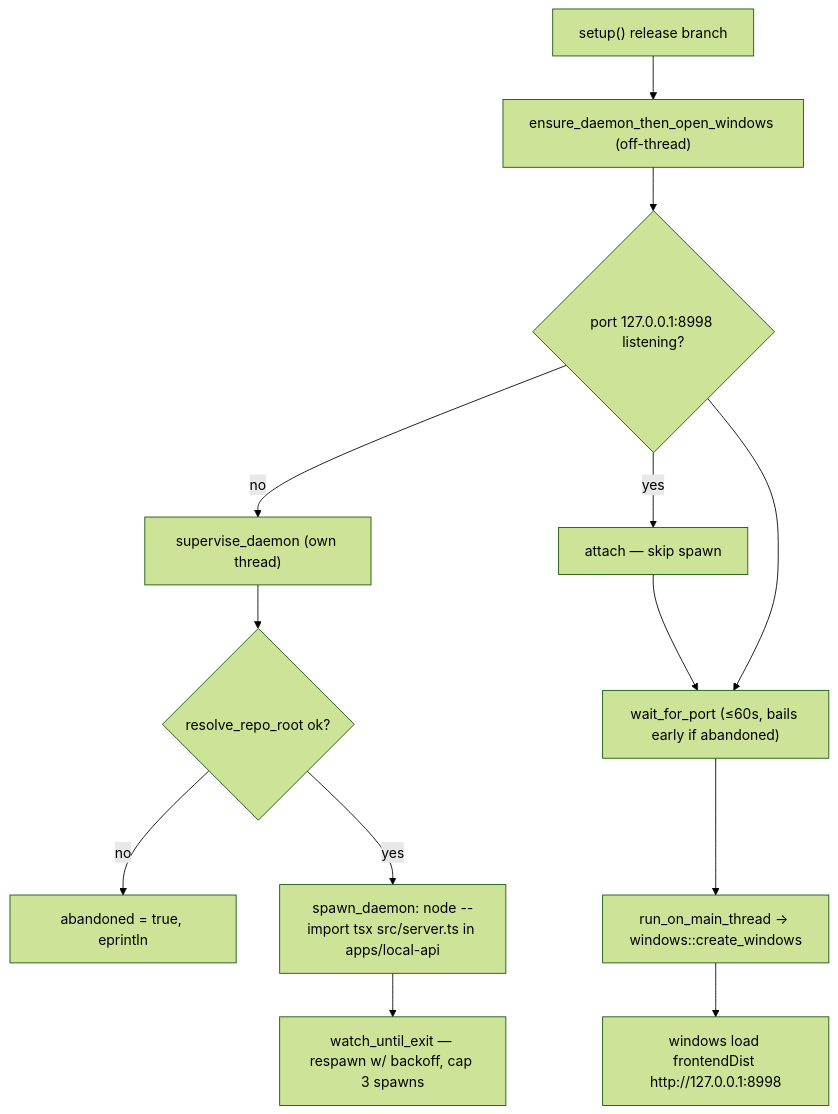
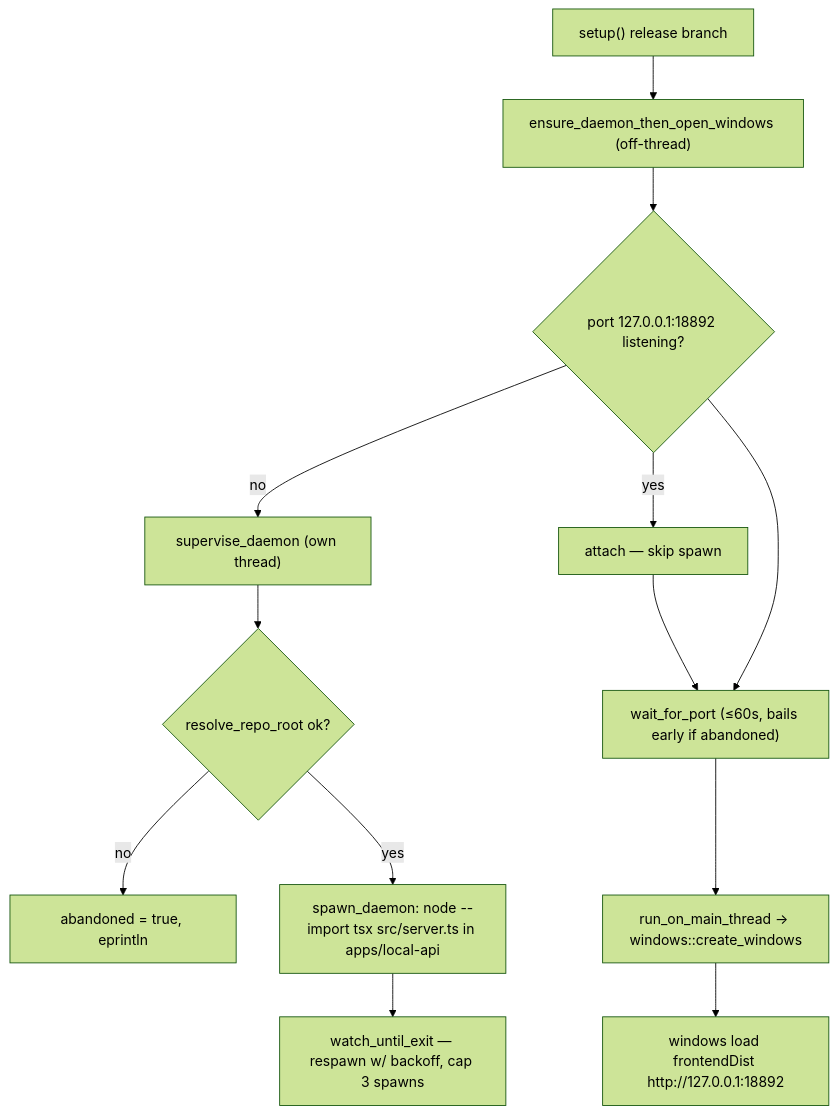
One commit to chadnicely/Vynel-Demo changed the first of 2 diagrams in .claude/docs/_apps/desktop/structure.md. Above: the diagram before and after it, drawn with Mermaid (forest theme). The commit also changed other lines of this file and 68 other files, not shown here.

````diff
--- a/.claude/docs/_apps/desktop/structure.md
+++ b/.claude/docs/_apps/desktop/structure.md
@@ -36,15 +36,15 @@
 ```mermaid
 flowchart TD
     A["setup() release branch"] --> B["ensure_daemon_then_open_windows (off-thread)"]
-    B --> C{"port 127.0.0.1:8998 listening?"}
+    B --> C{"port 127.0.0.1:18892 listening?"}
     C -- yes --> H["attach — skip spawn"]
     C -- no --> D["supervise_daemon (own thread)"]
     D --> E{"resolve_repo_root ok?"}
     E -- no --> F["abandoned = true, eprintln"]
     E -- yes --> G["spawn_daemon: node --import tsx src/server.ts in apps/local-api"]
     G --> W["watch_until_exit — respawn w/ backoff, cap 3 spawns"]
     C --> I["wait_for_port (≤60s, bails early if abandoned)"]
     H --> I
     I --> J["run_on_main_thread → windows::create_windows"]
-    J --> K["windows load frontendDist http://127.0.0.1:8998"]
+    J --> K["windows load frontendDist http://127.0.0.1:18892"]
 ```
````
